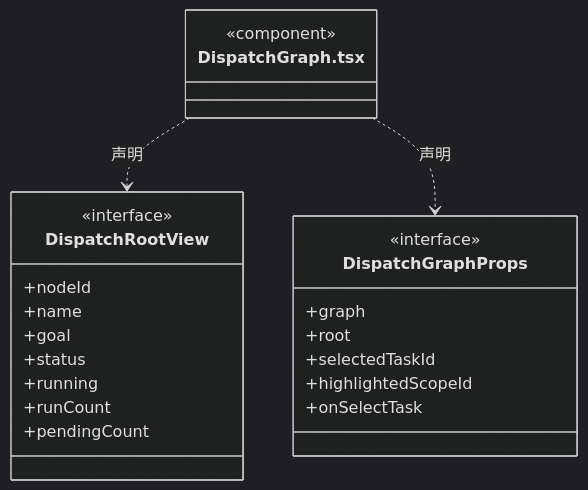
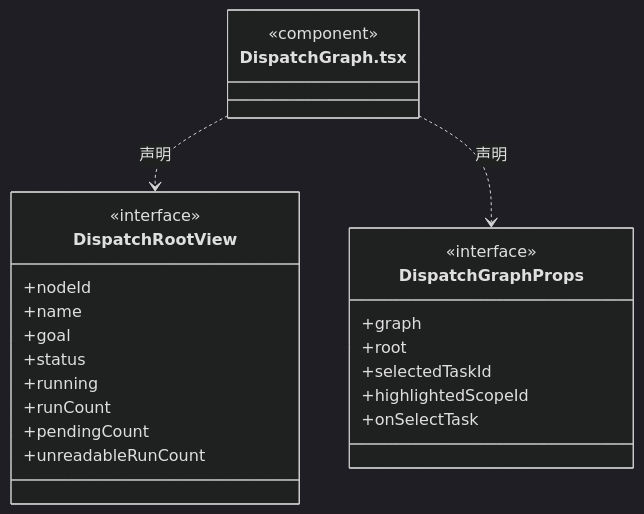
Before and after one commit to nan023062/cbim: the sixth of 54 diagrams in src/frontend/tasks/ARCHITECTURE.md, drawn with Mermaid (dark theme). The commit also changed other lines of this file and 65 other files, not shown here.

````diff
--- a/src/frontend/tasks/ARCHITECTURE.md
+++ b/src/frontend/tasks/ARCHITECTURE.md
@@ -163,26 +166,27 @@
 ```mermaid
 classDiagram
 class N_src_frontend_tasks_DispatchGraph_tsx["DispatchGraph.tsx"] {
   <<component>>
 }
 class N_src_frontend_tasks_DispatchGraph_tsx_DispatchRootView["DispatchRootView"] {
   <<interface>>
   +nodeId
   +name
   +goal
   +status
   +running
   +runCount
   +pendingCount
+  +unreadableRunCount
 }
 N_src_frontend_tasks_DispatchGraph_tsx ..> N_src_frontend_tasks_DispatchGraph_tsx_DispatchRootView : 声明
 class N_src_frontend_tasks_DispatchGraph_tsx_DispatchGraphProps["DispatchGraphProps"] {
   <<interface>>
   +graph
   +root
   +selectedTaskId
   +highlightedScopeId
   +onSelectTask
 }
 N_src_frontend_tasks_DispatchGraph_tsx ..> N_src_frontend_tasks_DispatchGraph_tsx_DispatchGraphProps : 声明
 ```
````
